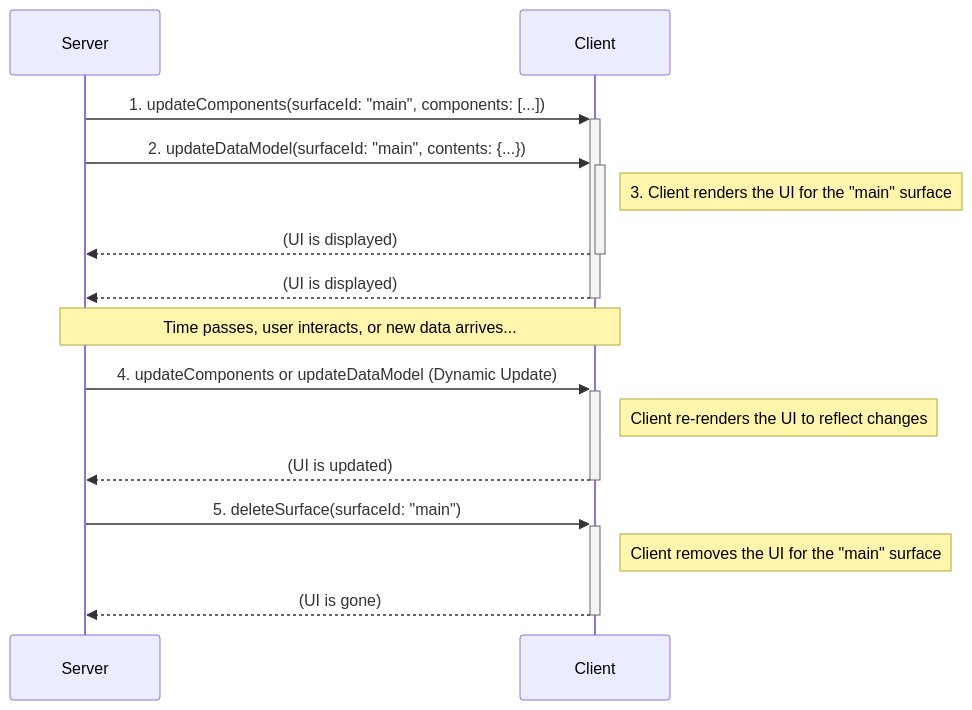
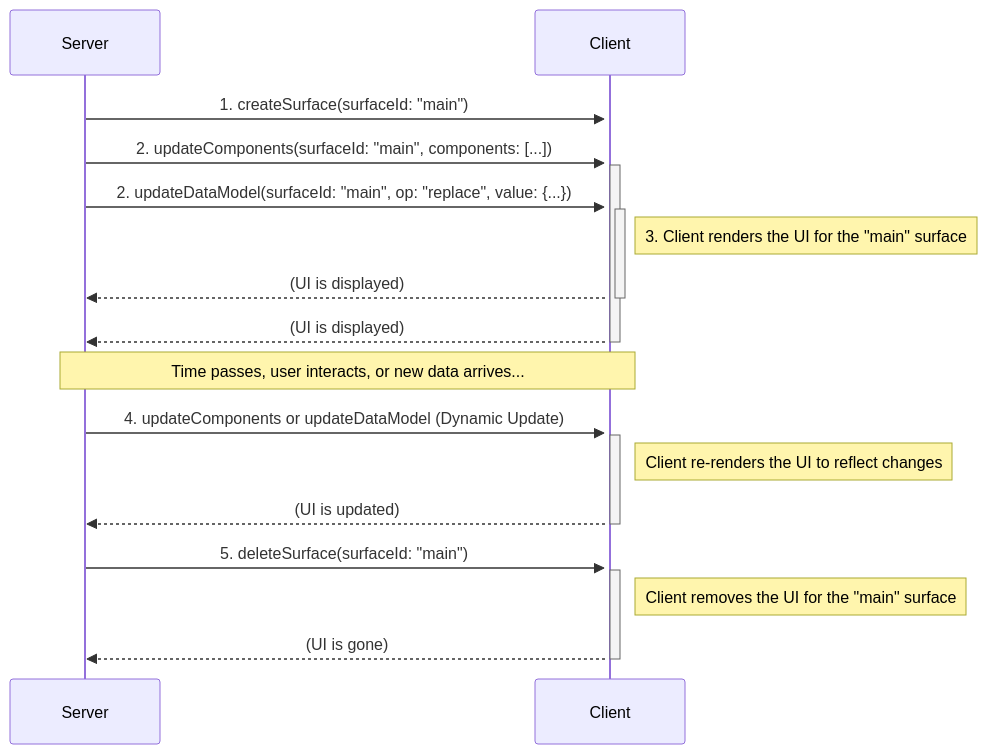
Before and after one commit to anup42/A2UI: the first of 2 diagrams in specification/0.9/docs/a2ui_protocol.md, drawn with Mermaid. The commit also changed other lines of this file and 10 other files, not shown here.

Commit message:
Reintroduce createSurface, add evolution guide (#226)

````diff
--- a/specification/0.9/docs/a2ui_protocol.md
+++ b/specification/0.9/docs/a2ui_protocol.md
@@ -55,21 +55,22 @@
 ```mermaid
 sequenceDiagram
     participant Server
     participant Client
 
-    Server->>+Client: 1. updateComponents(surfaceId: "main", components: [...])
-    Server->>+Client: 2. updateDataModel(surfaceId: "main", contents: {...})
+    Server->>+Client: 1. createSurface(surfaceId: "main")
+    Server->>+Client: 2. updateComponents(surfaceId: "main", components: [...])
+    Server->>+Client: 2. updateDataModel(surfaceId: "main", op: "replace", value: {...})
     Note right of Client: 3. Client renders the UI for the "main" surface
     Client-->>-Server: (UI is displayed)
     Client-->>-Server: (UI is displayed)
 
     Note over Client, Server: Time passes, user interacts, or new data arrives...
 
     Server->>+Client: 4. updateComponents or updateDataModel (Dynamic Update)
     Note right of Client: Client re-renders the UI to reflect changes
     Client-->>-Server: (UI is updated)
 
     Server->>+Client: 5. deleteSurface(surfaceId: "main")
     Note right of Client: Client removes the UI for the "main" surface
     Client-->>-Server: (UI is gone)
 ```
````
